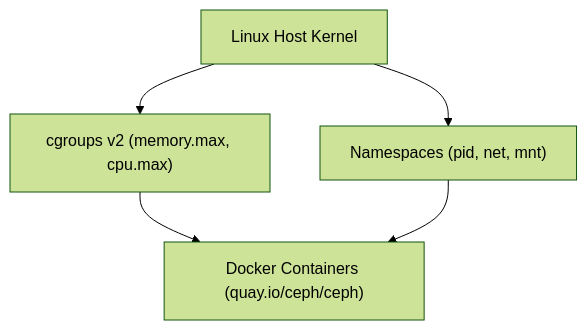
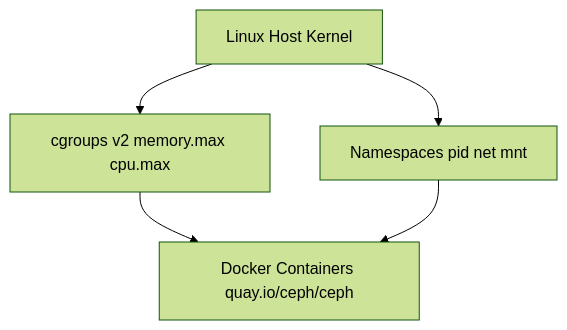
Before and after one commit to seang454/nfs-cluster: the eighth of 14 diagrams in nfs-cluster/HA-NFS-Ceph-Architecture-Guide.md, drawn with Mermaid (forest theme). The commit also changed other lines of this file, not shown here.

````diff
--- a/nfs-cluster/HA-NFS-Ceph-Architecture-Guide.md
+++ b/nfs-cluster/HA-NFS-Ceph-Architecture-Guide.md
@@ -241,7 +305,7 @@
 ```mermaid
 flowchart TB
-    HostKernel["Linux Host Kernel"] --> CGroups["cgroups v2 (memory.max, cpu.max)"]
-    HostKernel --> Namespaces["Namespaces (pid, net, mnt)"]
-    CGroups --> Containers["Docker Containers (quay.io/ceph/ceph)"]
+    HostKernel["Linux Host Kernel"] --> CGroups["cgroups v2 memory.max cpu.max"]
+    HostKernel --> Namespaces["Namespaces pid net mnt"]
+    CGroups --> Containers["Docker Containers quay.io/ceph/ceph"]
     Namespaces --> Containers
 ```
````
